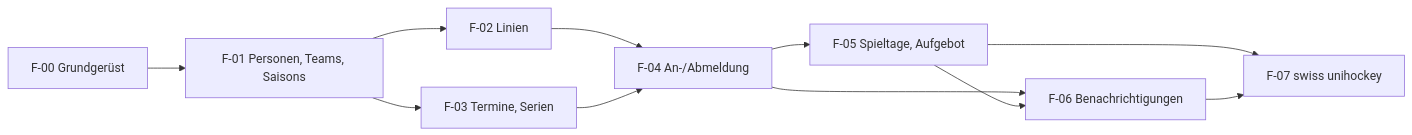
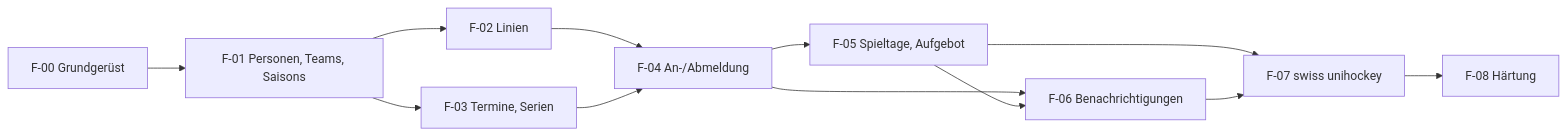
Before and after one commit to cyrilleulmi/StvBeroPlatform: the diagram in docs/pipeline/backlog.md, drawn with Mermaid. The commit also changed other lines of this file and 5 other files, not shown here.

````diff
--- a/docs/pipeline/backlog.md
+++ b/docs/pipeline/backlog.md
@@ -18,13 +19,14 @@
 ```mermaid
 flowchart LR
     F00[F-00 Grundgerüst] --> F01[F-01 Personen, Teams, Saisons]
     F01 --> F02[F-02 Linien]
     F01 --> F03[F-03 Termine, Serien]
     F02 --> F04[F-04 An-/Abmeldung]
     F03 --> F04
     F04 --> F05[F-05 Spieltage, Aufgebot]
     F04 --> F06[F-06 Benachrichtigungen]
     F05 --> F06
     F05 --> F07[F-07 swiss unihockey]
     F06 --> F07
+    F07 --> F08[F-08 Härtung]
 ```
````
